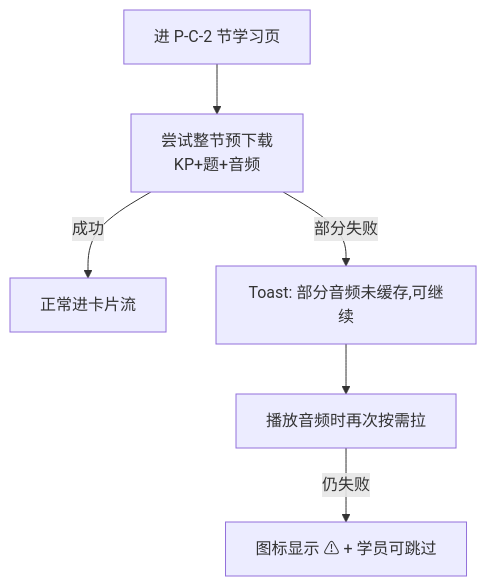
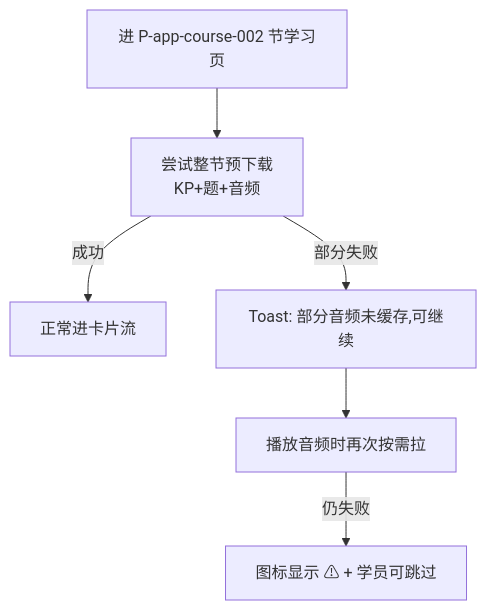
One commit to foryou2026/chinese changed the sixth of 7 diagrams in docs/C01-requirements/course/flows/exception-flow.md. Above: the diagram before and after it, drawn with Mermaid. The commit also changed other lines of this file and 423 other files, not shown here.

````diff
--- a/docs/C01-requirements/course/flows/exception-flow.md
+++ b/docs/C01-requirements/course/flows/exception-flow.md
@@ -61,8 +61,8 @@
 ```mermaid
 flowchart TD
-  A[进 P-C-2 节学习页] --> B[尝试整节预下载<br/>KP+题+音频]
+  A[进 P-app-course-002 节学习页] --> B[尝试整节预下载<br/>KP+题+音频]
   B -- 成功 --> C[正常进卡片流]
   B -- 部分失败 --> D[Toast: 部分音频未缓存,可继续]
   D --> E[播放音频时再次按需拉]
   E -- 仍失败 --> F[图标显示 ⚠ + 学员可跳过]
 ```
````
